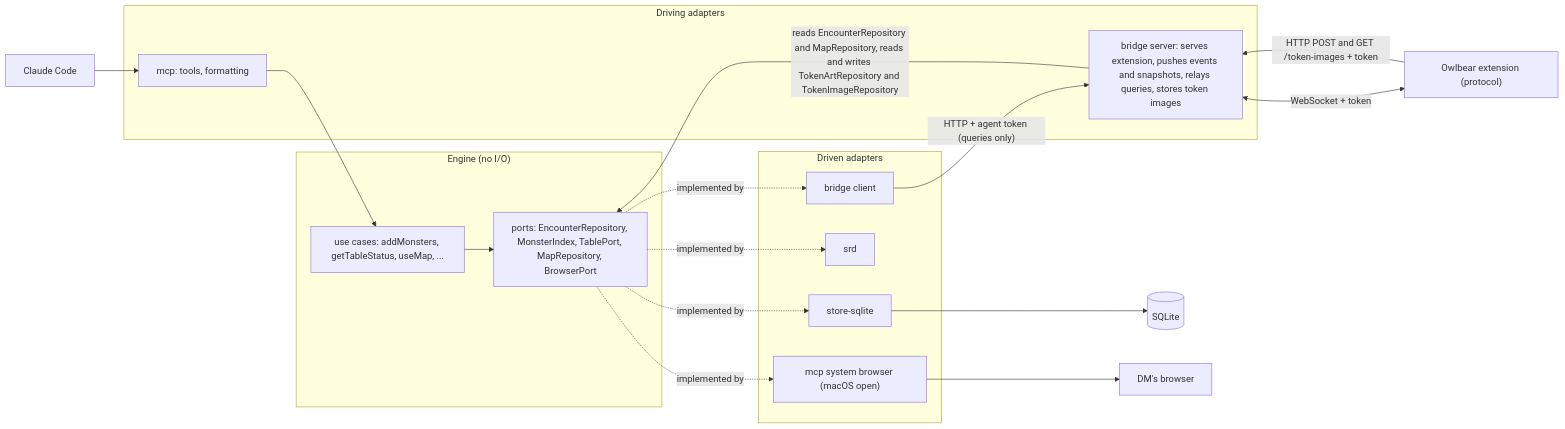
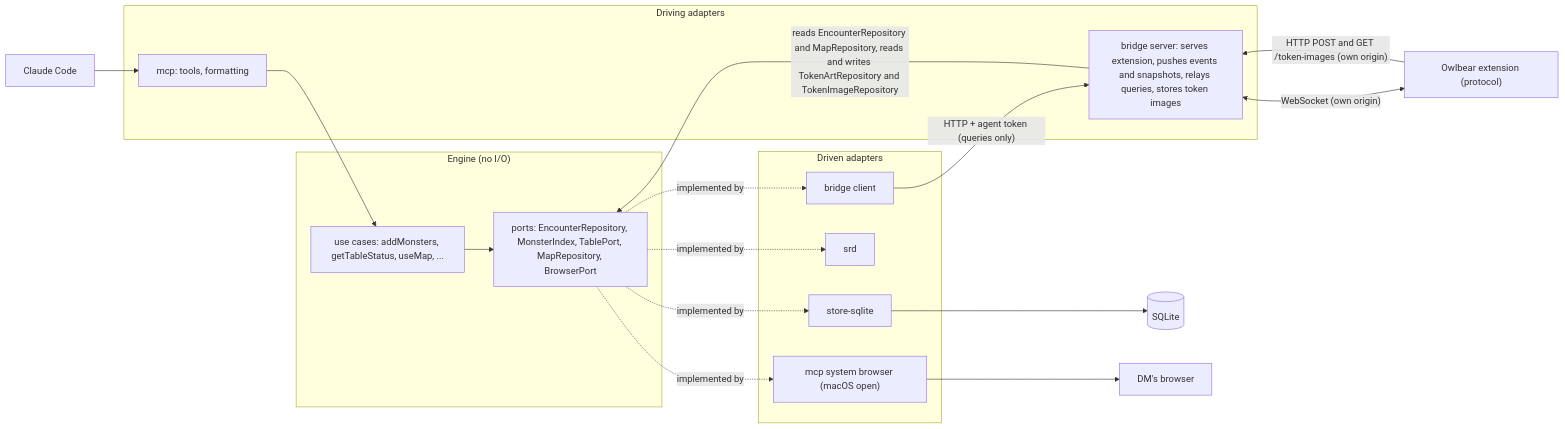
The first of 2 diagrams in docs/architecture.md (askrzypczak/ttrpg-agents), drawn with Mermaid before and after one commit. The commit also changed other lines of this file and 3 other files, not shown here.

Commit message:
docs: the bridge admits the extension by origin; the install URL has no token (#446)

````diff
--- a/docs/architecture.md
+++ b/docs/architecture.md
@@ -9,30 +9,30 @@
 ```mermaid
 flowchart LR
   claude["Claude Code"] --> mcp
   subgraph driving["Driving adapters"]
     mcp["mcp: tools, formatting"]
     bsrv["bridge server: serves extension, pushes events and snapshots, relays queries, stores token images"]
   end
   subgraph core["Engine (no I/O)"]
     uc["use cases: addMonsters, getTableStatus, useMap, ..."]
     ports["ports: EncounterRepository, MonsterIndex, TablePort, MapRepository, BrowserPort"]
   end
   subgraph driven["Driven adapters"]
     store["store-sqlite"]
     srd["srd"]
     bclient["bridge client"]
     sysbrowser["mcp system browser (macOS open)"]
   end
   mcp --> uc
   bsrv -->|"reads EncounterRepository and MapRepository, reads and writes TokenArtRepository and TokenImageRepository"| ports
   uc --> ports
   ports -.implemented by.-> store
   ports -.implemented by.-> srd
   ports -.implemented by.-> bclient
   ports -.implemented by.-> sysbrowser
   store --> db[("SQLite")]
   bclient -->|"HTTP + agent token (queries only)"| bsrv
   sysbrowser --> browser["DM's browser"]
-  bsrv <-->|"WebSocket + token"| ext["Owlbear extension (protocol)"]
-  ext -->|"HTTP POST and GET /token-images + token"| bsrv
+  bsrv <-->|"WebSocket (own origin)"| ext["Owlbear extension (protocol)"]
+  ext -->|"HTTP POST and GET /token-images (own origin)"| bsrv
 ```
````
